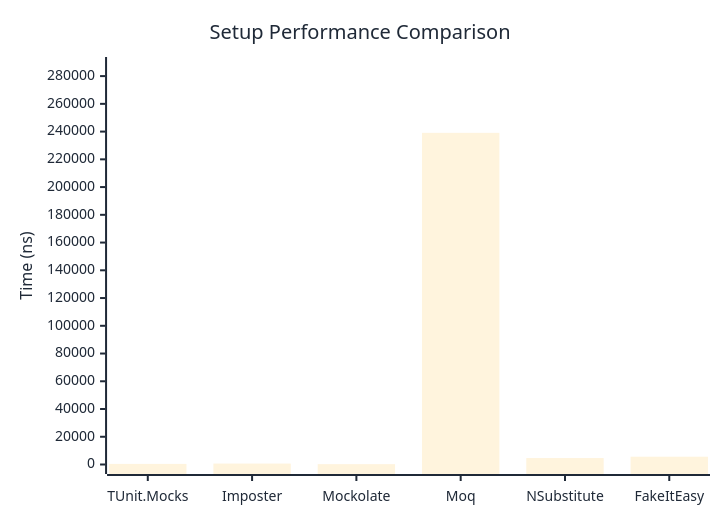
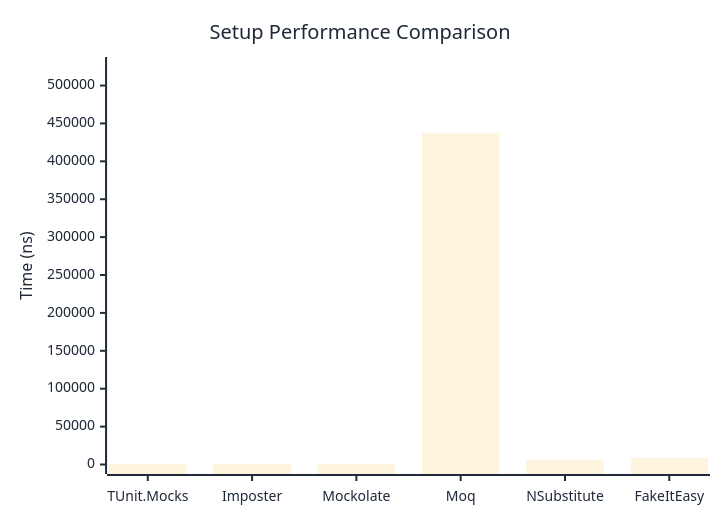
The first of 2 diagrams in docs/docs/benchmarks/mocks/Setup.md (thomhurst/TUnit), drawn with Mermaid before and after one commit. The commit also changed other lines of this file and 14 other files, not shown here.

````diff
--- a/docs/docs/benchmarks/mocks/Setup.md
+++ b/docs/docs/benchmarks/mocks/Setup.md
@@ -30,27 +30,27 @@
 ```mermaid
 %%{init: {
   'theme':'base',
   'themeVariables': {
     'primaryColor': '#2563eb',
     'primaryTextColor': '#1f2937',
     'primaryBorderColor': '#1e40af',
     'lineColor': '#6b7280',
     'secondaryColor': '#7c3aed',
     'tertiaryColor': '#dc2626',
     'background': '#ffffff',
     'pie1': '#2563eb',
     'pie2': '#7c3aed',
     'pie3': '#dc2626',
     'pie4': '#f59e0b',
     'pie5': '#10b981',
     'pie6': '#06b6d4',
     'pie7': '#ec4899',
     'pie8': '#6366f1'
   }
 }}%%
 xychart-beta
   title "Setup Performance Comparison"
   x-axis ["TUnit.Mocks", "Imposter", "Mockolate", "Moq", "NSubstitute", "FakeItEasy"]
-  y-axis "Time (ns)" 0 --> 286926
-  bar [428.5, 666.4, 252.1, 239104.4, 4655.3, 5611.8]
+  y-axis "Time (ns)" 0 --> 525105
+  bar [545.1, 840, 313.4, 437587.5, 6241.3, 8742.5]
 ```
````
